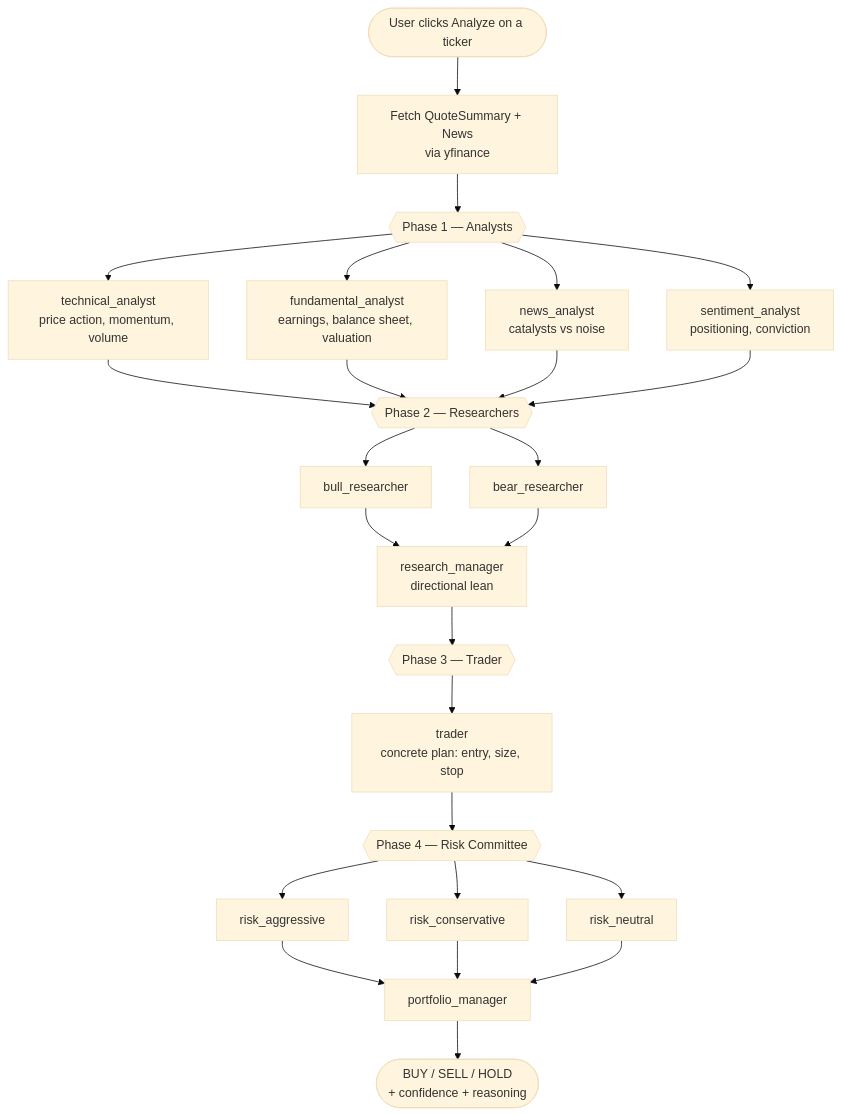
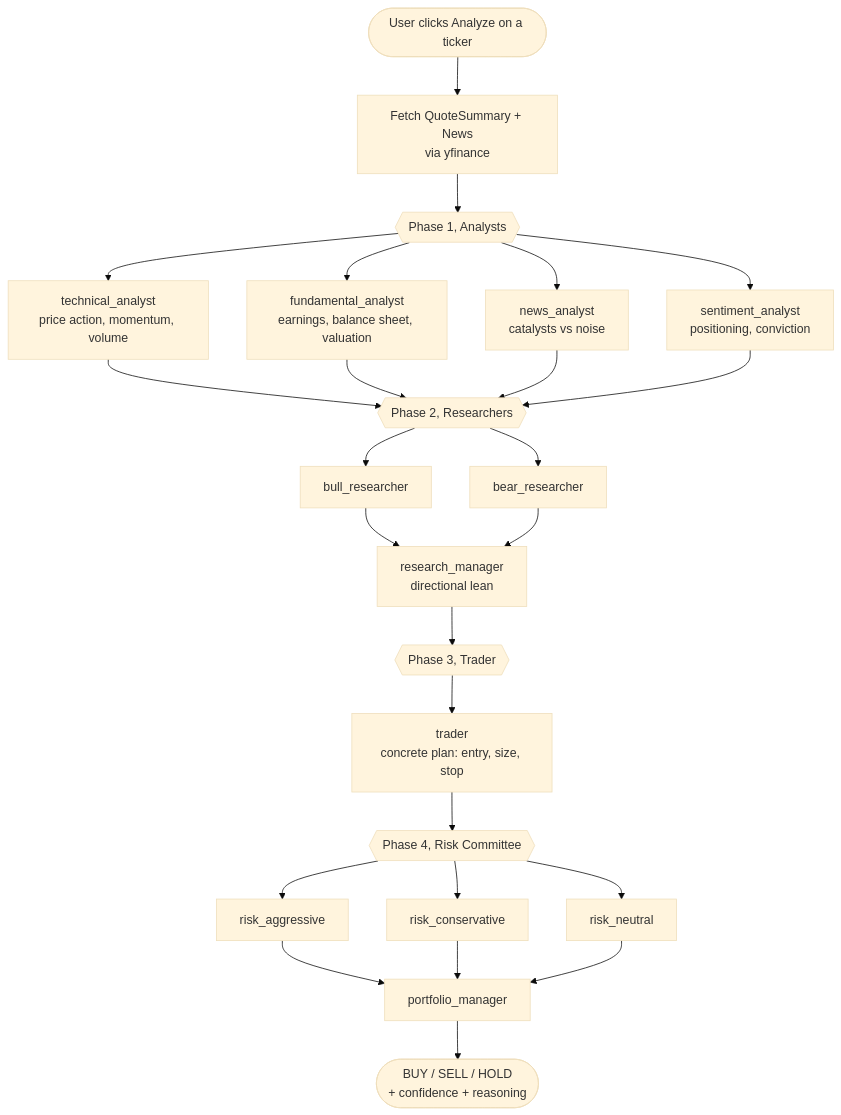
The first of 2 diagrams in content/docs/how-it-works.md (RBJGlobal/TradingAgentsLab-Site), drawn with Mermaid (base theme) before and after one commit. The commit also changed other lines of this file and 30 other files, not shown here.

````diff
--- a/content/docs/how-it-works.md
+++ b/content/docs/how-it-works.md
@@ -26,26 +26,26 @@
 ```mermaid
 flowchart TD
     Start([User clicks Analyze on a ticker]) --> Data[Fetch QuoteSummary + News<br/>via yfinance]
 
-    Data --> P1{{Phase 1 — Analysts}}
+    Data --> P1{{Phase 1, Analysts}}
     P1 --> A1[technical_analyst<br/>price action, momentum, volume]
     P1 --> A2[fundamental_analyst<br/>earnings, balance sheet, valuation]
     P1 --> A3[news_analyst<br/>catalysts vs noise]
     P1 --> A4[sentiment_analyst<br/>positioning, conviction]
 
-    A1 & A2 & A3 & A4 --> P2{{Phase 2 — Researchers}}
+    A1 & A2 & A3 & A4 --> P2{{Phase 2, Researchers}}
     P2 --> R1[bull_researcher]
     P2 --> R2[bear_researcher]
     R1 & R2 --> R3[research_manager<br/>directional lean]
 
-    R3 --> P3{{Phase 3 — Trader}}
+    R3 --> P3{{Phase 3, Trader}}
     P3 --> T[trader<br/>concrete plan: entry, size, stop]
 
-    T --> P4{{Phase 4 — Risk Committee}}
+    T --> P4{{Phase 4, Risk Committee}}
     P4 --> RA[risk_aggressive]
     P4 --> RC[risk_conservative]
     P4 --> RN[risk_neutral]
     RA & RC & RN --> PM[portfolio_manager]
 
     PM --> Out([BUY / SELL / HOLD<br/>+ confidence + reasoning])
 ```
````
